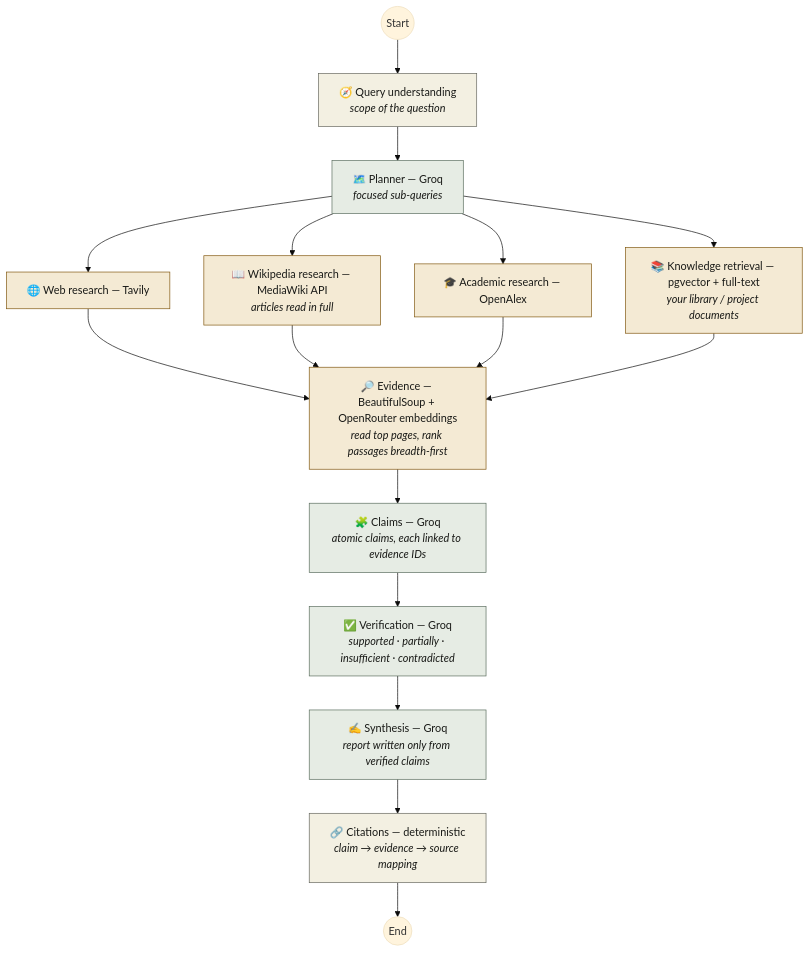
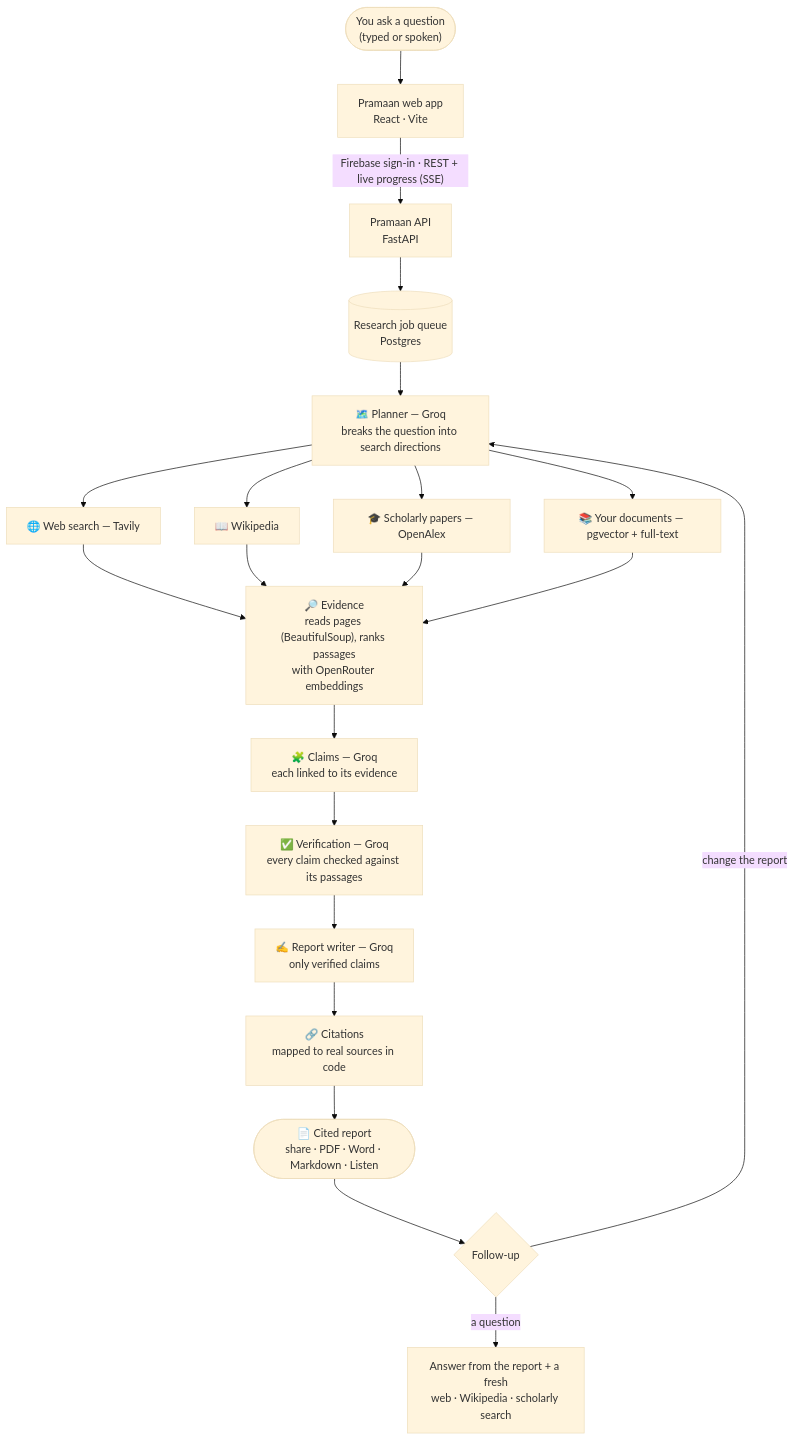
The diagram in README.md (Nakshatra480/Pramaan-AI), drawn with Mermaid (base theme) before and after one commit. The commit also changed other lines of this file and 142 other files, not shown here.

````diff
--- a/README.md
+++ b/README.md
@@ -109,29 +19,26 @@
 ```mermaid
 flowchart TD
-    START((Start)) --> QU["🧭 Query understanding<br/><i>scope of the question</i>"]
-    QU --> PL["🗺️ Planner — Groq<br/><i>focused sub-queries</i>"]
+    U(["You ask a question<br/>(typed or spoken)"]) --> APP["Pramaan web app<br/>React · Vite"]
+    APP -->|"Firebase sign-in · REST + live progress (SSE)"| API["Pramaan API<br/>FastAPI"]
+    API --> Q[("Research job queue<br/>Postgres")]
+    Q --> PLAN["🗺️ Planner — Groq<br/>breaks the question into search directions"]
 
-    PL --> WEB["🌐 Web research — Tavily"]
-    PL --> WIK["📖 Wikipedia research — MediaWiki API<br/><i>articles read in full</i>"]
-    PL --> ACA["🎓 Academic research — OpenAlex"]
-    PL --> KR["📚 Knowledge retrieval — pgvector + full-text<br/><i>your library / project documents</i>"]
+    PLAN --> WEB["🌐 Web search — Tavily"]
+    PLAN --> WIKI["📖 Wikipedia"]
+    PLAN --> ACA["🎓 Scholarly papers — OpenAlex"]
+    PLAN --> LIB["📚 Your documents — pgvector + full-text"]
 
     WEB --> EV
-    WIK --> EV
+    WIKI --> EV
     ACA --> EV
-    KR --> EV
+    LIB --> EV
+    EV["🔎 Evidence<br/>reads pages (BeautifulSoup), ranks passages<br/>with OpenRouter embeddings"] --> CL["🧩 Claims — Groq<br/>each linked to its evidence"]
+    CL --> VE["✅ Verification — Groq<br/>every claim checked against its passages"]
+    VE --> SY["✍️ Report writer — Groq<br/>only verified claims"]
+    SY --> CI["🔗 Citations<br/>mapped to real sources in code"]
+    CI --> R(["📄 Cited report<br/>share · PDF · Word · Markdown · Listen"])
 
-    EV["🔎 Evidence — BeautifulSoup + OpenRouter embeddings<br/><i>read top pages, rank passages breadth-first</i>"]
-    EV --> CL["🧩 Claims — Groq<br/><i>atomic claims, each linked to evidence IDs</i>"]
-    CL --> VE["✅ Verification — Groq<br/><i>supported · partially · insufficient · contradicted</i>"]
-    VE --> SY["✍️ Synthesis — Groq<br/><i>report written only from verified claims</i>"]
-    SY --> CI["🔗 Citations — deterministic<br/><i>claim → evidence → source mapping</i>"]
-    CI --> END((End))
-
-    classDef llm fill:#E6ECE4,stroke:#5A6D5E,color:#191A17
-    classDef search fill:#F4EAD4,stroke:#80570F,color:#191A17
-    classDef det fill:#F3F0E2,stroke:#65675E,color:#191A17
-    class PL,CL,VE,SY llm
-    class WEB,WIK,ACA,KR,EV search
-    class QU,CI det
+    R --> F{"Follow-up"}
+    F -->|"a question"| ANS["Answer from the report + a fresh<br/>web · Wikipedia · scholarly search"]
+    F -->|"change the report"| PLAN
 ```
````
